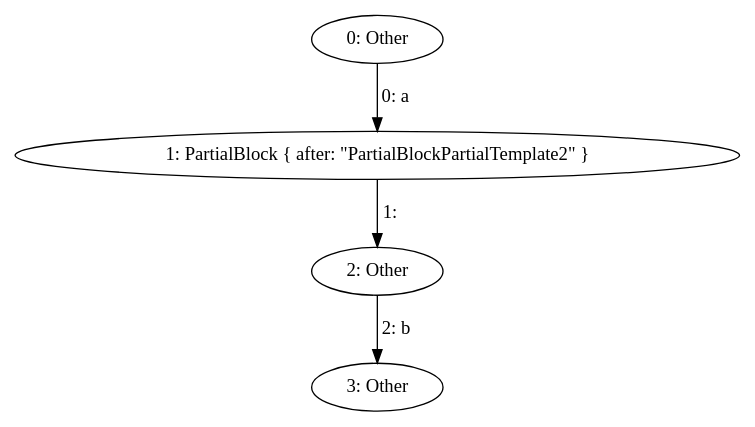
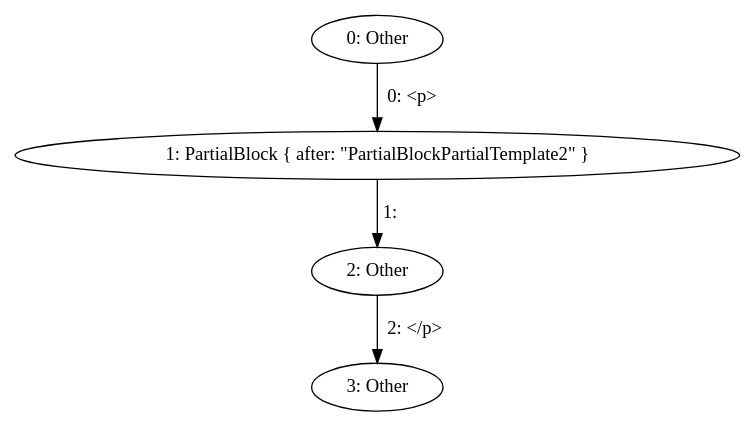
The diagram in zero-cost-templating/partial_block_partial.dot (mohe2015/zero-cost-templating), drawn with Graphviz before and after one commit. The commit also changed 4 other files, not shown here.

```diff
--- a/zero-cost-templating/partial_block_partial.dot
+++ b/zero-cost-templating/partial_block_partial.dot
@@ -1,9 +1,9 @@
 digraph {
     0 [ label = "0: Other" ]
     1 [ label = "1: PartialBlock { after: \"PartialBlockPartialTemplate2\" }" ]
     2 [ label = "2: Other" ]
     3 [ label = "3: Other" ]
-    0 -> 1 [ label = "0: a" ]
+    0 -> 1 [ label = "0: <p>" ]
     1 -> 2 [ label = "1: " ]
-    2 -> 3 [ label = "2: b" ]
+    2 -> 3 [ label = "2: </p>" ]
 }
```
